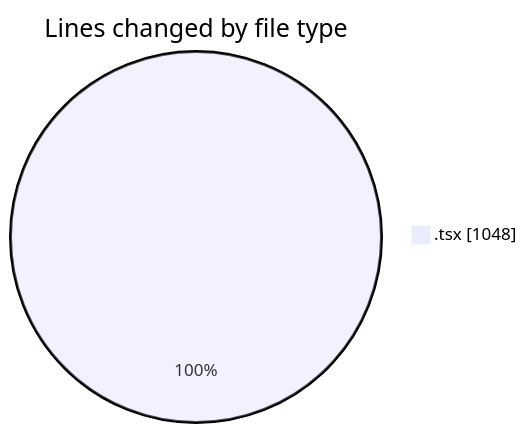
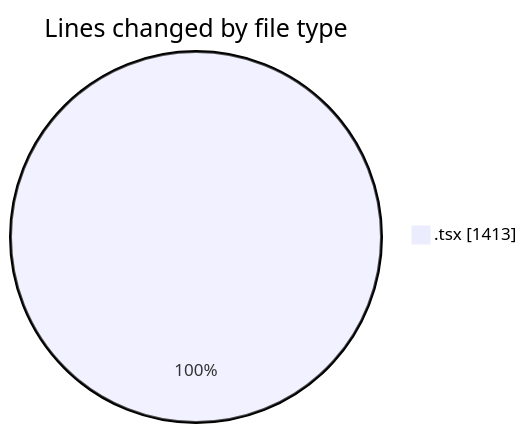
Before and after one commit to nxtqubesakshisongat/code-tracking: the first of 2 diagrams in 2026-02-12/nxtqube_webapp/README.md, drawn with Mermaid. The commit also changed other lines of this file and 1 other file, not shown here.

````diff
--- a/2026-02-12/nxtqube_webapp/README.md
+++ b/2026-02-12/nxtqube_webapp/README.md
@@ -22,5 +24,5 @@
 ```mermaid
 pie showData
 title Lines changed by file type
-".tsx" : 1048
+".tsx" : 1413
 ```
````
